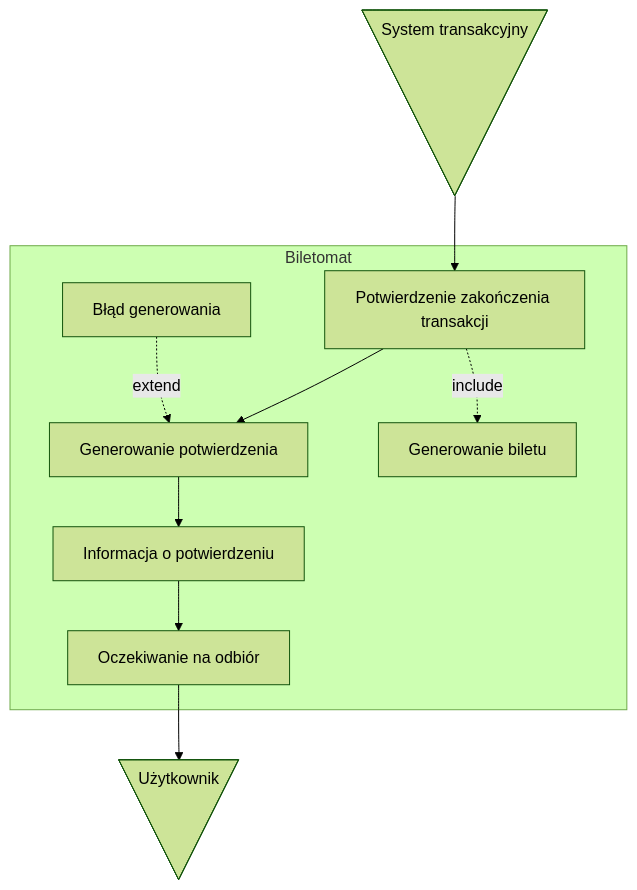
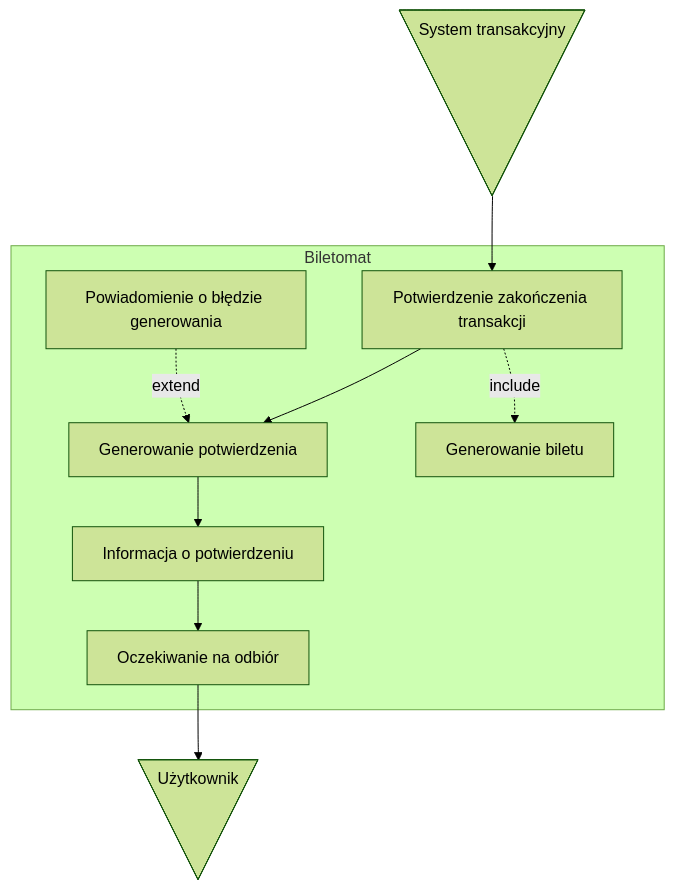
One commit to MarcinMarszewski/dowolna_nazwa changed the fourth of 5 diagrams in userstories/biletomat.md. Above: the diagram before and after it, drawn with Mermaid (forest theme).

````diff
--- a/userstories/biletomat.md
+++ b/userstories/biletomat.md
@@ -102,30 +102,30 @@
 ```mermaid
 graph TD
   DD@{ shape: manual-file, label: "System transakcyjny" }
   DDD@{ shape: manual-file, label: "Użytkownik" }
   u1[Potwierdzenie zakończenia transakcji]
   u2[Generowanie potwierdzenia]
   u3[Informacja o potwierdzeniu]
   u4[Oczekiwanie na odbiór]
   u5[Generowanie biletu]
-  u6[Błąd generowania]
+  u6[Powiadomienie o błędzie generowania]
 
   DD --> u1
   u1 --> u2
   u2 --> u3
   u3 --> u4
   u4 --> DDD
 
   u1-. include .-> u5
   u6-. extend .-> u2
 
 subgraph Biletomat
   u1
   u2
   u3
   u4
   u5
   u6
 end
 
 ```
````
